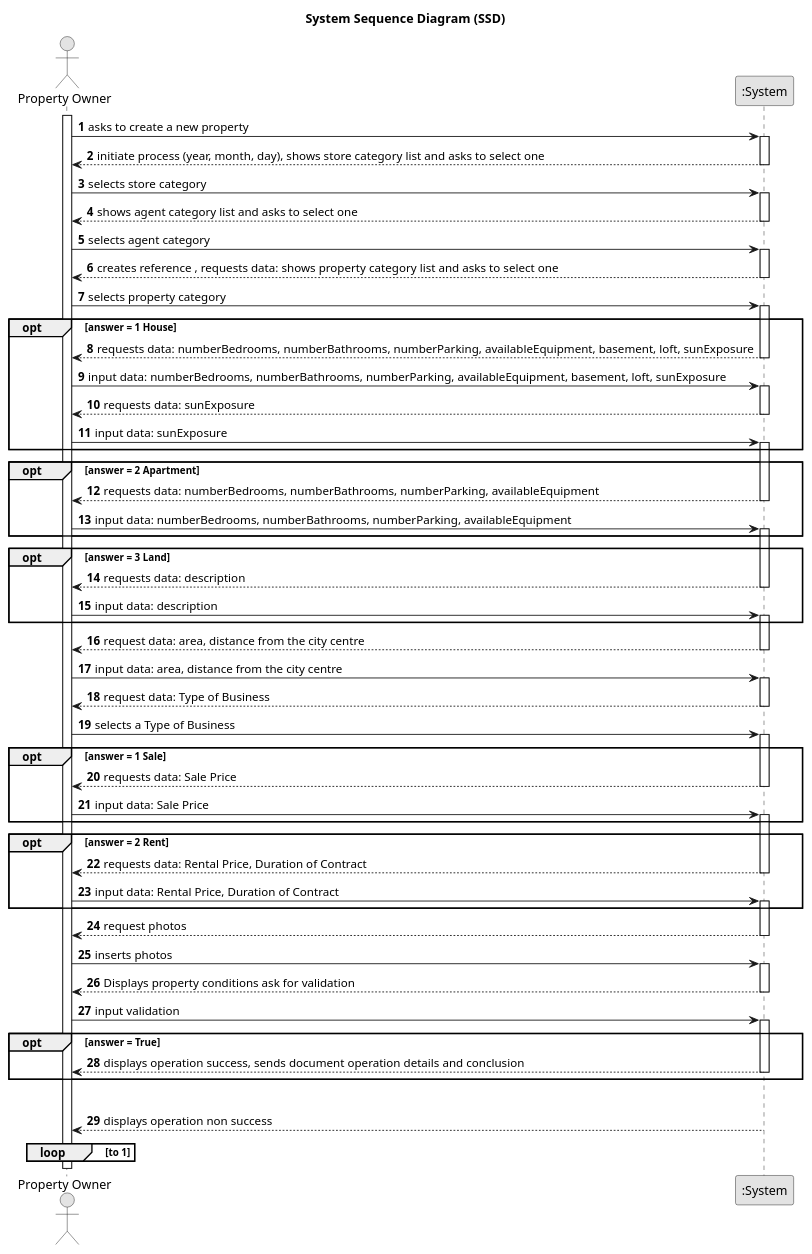
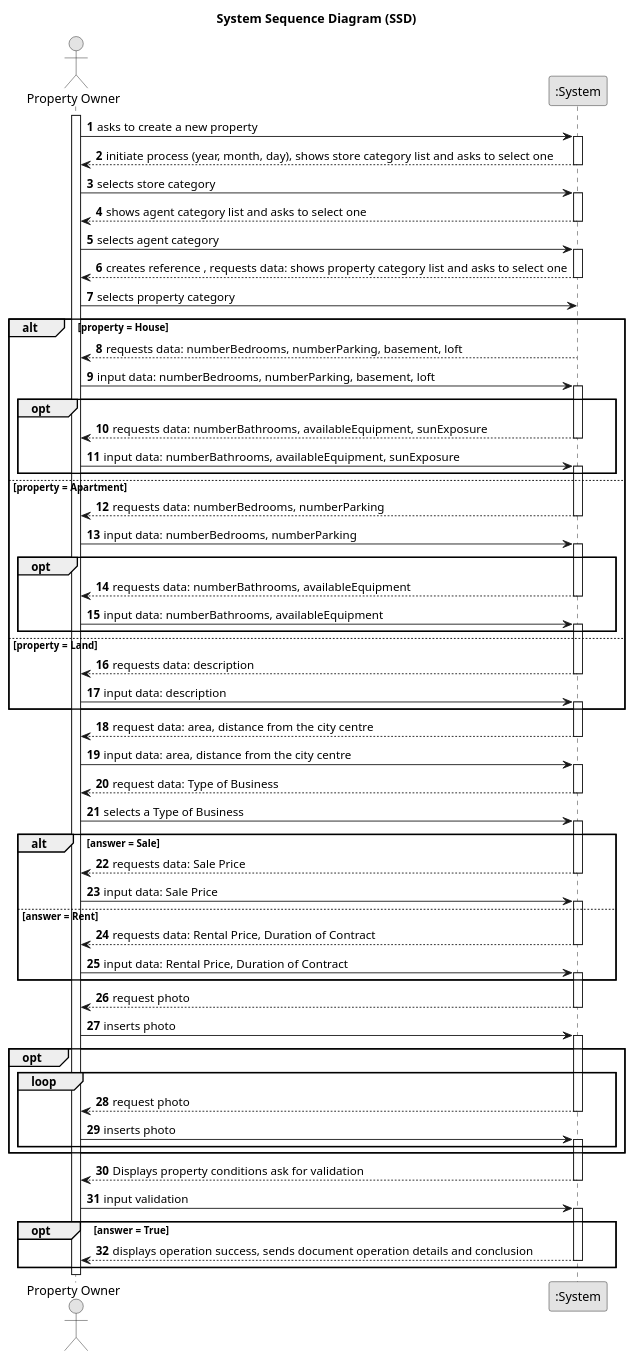
The diagram in docs/sprintA/us004/01.requirements-engineering/puml/us004-system-sequence-diagram.puml (PEDROMOREIRA45/lei-23-s2-1dg-g31), drawn with PlantUML before and after one commit. The commit also changed 28 other files, not shown here.

```diff
--- a/docs/sprintA/us004/01.requirements-engineering/puml/us004-system-sequence-diagram.puml
+++ b/docs/sprintA/us004/01.requirements-engineering/puml/us004-system-sequence-diagram.puml
@@ -1,117 +1,129 @@
 @startuml
 skinparam monochrome true
 skinparam packageStyle rectangle
 skinparam shadowing false
 
 title System Sequence Diagram (SSD)
 
 autonumber
 
 actor "Property Owner" as User
 participant ":System" as System
 
 activate User
 
         User -> System : asks to create a new property
     activate System
 
 	    System --> User :initiate process (year, month, day), shows store category list and asks to select one
     deactivate System
 
         User -> System : selects store category
     activate System
 
 	    System --> User : shows agent category list and asks to select one
     deactivate System
 
         User -> System : selects agent category
     activate System
 
 	    System --> User : creates reference , requests data: shows property category list and asks to select one
     deactivate System
 
         User -> System : selects property category
-    activate System
 
-    group opt [answer = 1 House]
-            System --> User : requests data: numberBedrooms, numberBathrooms, numberParking, availableEquipment, basement, loft, sunExposure
+
+    alt property = House
+            System --> User : requests data: numberBedrooms, numberParking, basement, loft
         deactivate System
 
-                User -> System : input data: numberBedrooms, numberBathrooms, numberParking, availableEquipment, basement, loft, sunExposure
+                User -> System : input data: numberBedrooms, numberParking, basement, loft
         activate System
 
-        System --> User : requests data: sunExposure
+            group opt
+                System --> User : requests data: numberBathrooms, availableEquipment, sunExposure
                 deactivate System
 
-                User -> System : input data: sunExposure
+                User -> System : input data: numberBathrooms, availableEquipment, sunExposure
                 activate System
-    end
+            end
 
-    group opt [answer = 2 Apartment]
-                System --> User : requests data: numberBedrooms, numberBathrooms, numberParking, availableEquipment
+    else property = Apartment
+                System --> User : requests data: numberBedrooms, numberParking
             deactivate System
 
-                    User -> System : input data: numberBedrooms, numberBathrooms, numberParking, availableEquipment
+                    User -> System : input data: numberBedrooms, numberParking
             activate System
 
-    end
+            group opt
+                    System --> User : requests data: numberBathrooms, availableEquipment
+                    deactivate System
 
-    group opt [answer = 3 Land]
+                    User -> System : input data: numberBathrooms, availableEquipment
+                    activate System
+            end
+
+    else property = Land
                     System --> User : requests data: description
                 deactivate System
 
                         User -> System : input data: description
                 activate System
     end
 
         System --> User : request data: area, distance from the city centre
     deactivate System
 
         User -> System : input data: area, distance from the city centre
     activate System
 
 	    System --> User : request data: Type of Business
     deactivate System
 
         User -> System : selects a Type of Business
     activate System
 
-    group opt [answer = 1 Sale]
+    alt answer = Sale
         System --> User : requests data: Sale Price
     deactivate System
 
         User -> System : input data: Sale Price
         activate System
-    end
 
-    group opt [answer = 2 Rent]
+
+    else answer = Rent
                         System --> User : requests data: Rental Price, Duration of Contract
                     deactivate System
 
                             User -> System : input data: Rental Price, Duration of Contract
                     activate System
     end
-            System --> User : request photos
+                System --> User : request photo
+        deactivate System
+
+    	        User -> System : inserts photo
+        activate System
+    group opt
+    loop
+            System --> User : request photo
     deactivate System
 
-	        User -> System : inserts photos
+	        User -> System : inserts photo
     activate System
 
+    end
+
+    end
             System --> User : Displays property conditions ask for validation
     deactivate System
 
             User -> System : input validation
     activate System
 
     group opt [answer = True]
             System --> User : displays operation success, sends document operation details and conclusion
         deactivate System
     end
 
-    group opt [answer = False]
-            System --> User : displays operation non success
-        deactivate System
-    loop to 1
-    end
 
 @enduml
```
